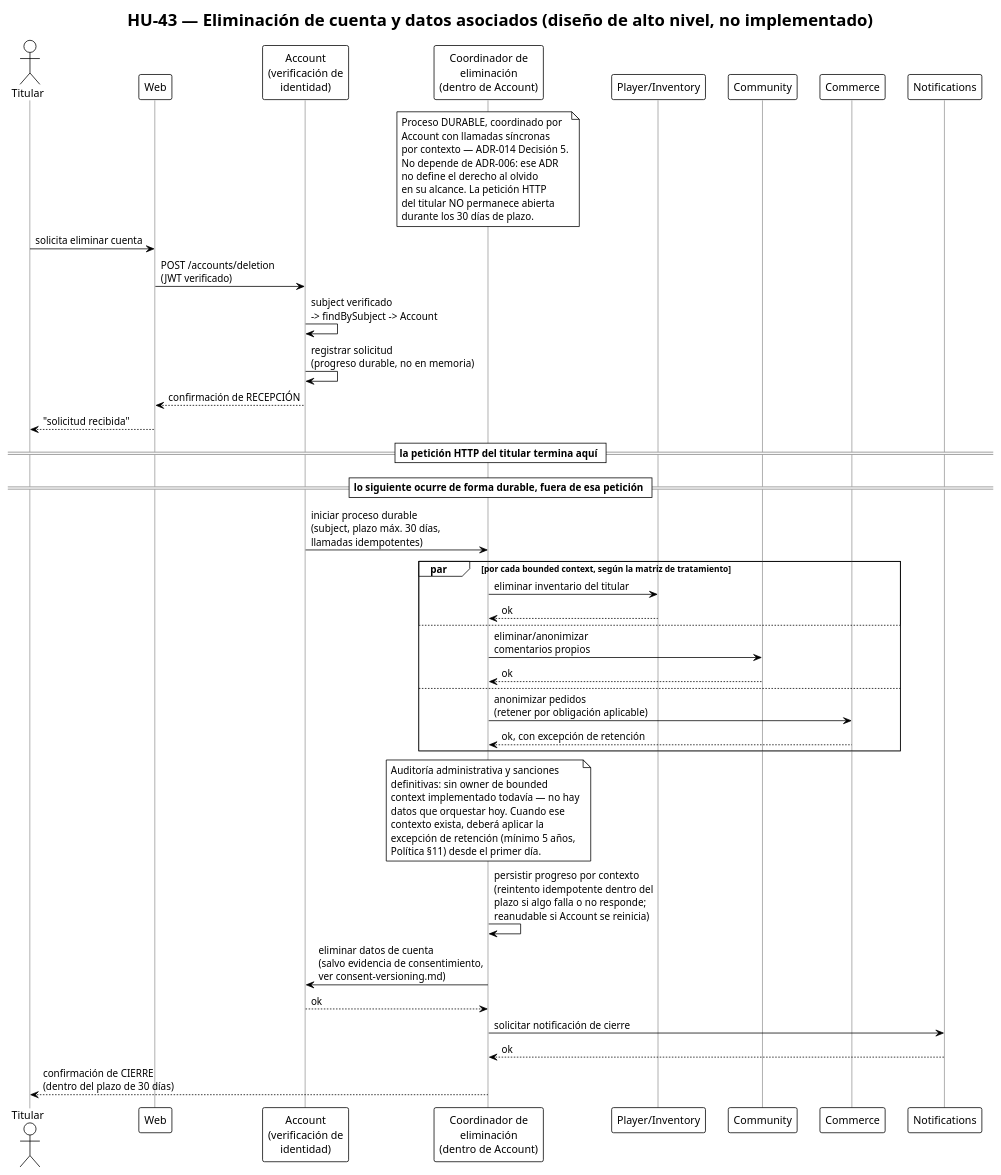
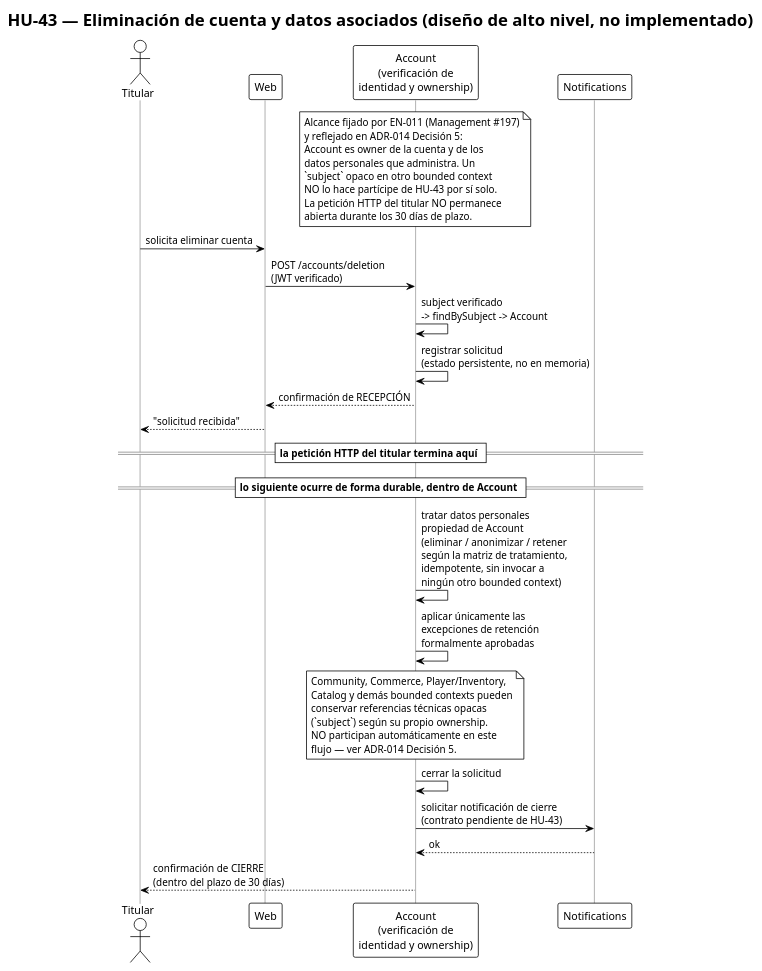
One commit to Nexus-Battle-VI/Nexus-Battle-Infrastructure changed the diagram in docs/diagrams/hu-43-sequence-deletion.puml. Above: the diagram before and after it, drawn with PlantUML. The commit also changed 10 other files, not shown here.

```diff
--- a/docs/diagrams/hu-43-sequence-deletion.puml
+++ b/docs/diagrams/hu-43-sequence-deletion.puml
@@ -1,73 +1,56 @@
 @startuml hu-43-sequence-deletion
 !theme plain
 title HU-43 — Eliminación de cuenta y datos asociados (diseño de alto nivel, no implementado)
 
 skinparam defaultFontName sans-serif
 skinparam sequence {
   LifeLineBorderColor #999999
 }
 
 actor "Titular" as user
 participant "Web" as web
-participant "Account\n(verificación de\nidentidad)" as account
-participant "Coordinador de\neliminación\n(dentro de Account)" as orchestrator
-participant "Player/Inventory" as inventory
-participant "Community" as community
-participant "Commerce" as commerce
+participant "Account\n(verificación de\nidentidad y ownership)" as account
 participant "Notifications" as notify
 
-note over orchestrator
-  Proceso DURABLE, coordinado por
-  Account con llamadas síncronas
-  por contexto — ADR-014 Decisión 5.
-  No depende de ADR-006: ese ADR
-  no define el derecho al olvido
-  en su alcance. La petición HTTP
-  del titular NO permanece abierta
-  durante los 30 días de plazo.
+note over account
+  Alcance fijado por EN-011 (Management #197)
+  y reflejado en ADR-014 Decisión 5:
+  Account es owner de la cuenta y de los
+  datos personales que administra. Un
+  `subject` opaco en otro bounded context
+  NO lo hace partícipe de HU-43 por sí solo.
+  La petición HTTP del titular NO permanece
+  abierta durante los 30 días de plazo.
 end note
 
 user -> web : solicita eliminar cuenta
 web -> account : POST /accounts/deletion\n(JWT verificado)
 account -> account : subject verificado\n-> findBySubject -> Account
-account -> account : registrar solicitud\n(progreso durable, no en memoria)
+account -> account : registrar solicitud\n(estado persistente, no en memoria)
 account --> web : confirmación de RECEPCIÓN
 web --> user : "solicitud recibida"
 
 == la petición HTTP del titular termina aquí ==
-== lo siguiente ocurre de forma durable, fuera de esa petición ==
+== lo siguiente ocurre de forma durable, dentro de Account ==
 
-account -> orchestrator : iniciar proceso durable\n(subject, plazo máx. 30 días,\nllamadas idempotentes)
+account -> account : tratar datos personales\npropiedad de Account\n(eliminar / anonimizar / retener\nsegún la matriz de tratamiento,\nidempotente, sin invocar a\nningún otro bounded context)
 
-par por cada bounded context, según la matriz de tratamiento
-  orchestrator -> inventory : eliminar inventario del titular
-  inventory --> orchestrator : ok
-else
-  orchestrator -> community : eliminar/anonimizar\ncomentarios propios
-  community --> orchestrator : ok
-else
-  orchestrator -> commerce : anonimizar pedidos\n(retener por obligación aplicable)
-  commerce --> orchestrator : ok, con excepción de retención
-end
+account -> account : aplicar únicamente las\nexcepciones de retención\nformalmente aprobadas
 
-note over orchestrator
-  Auditoría administrativa y sanciones
-  definitivas: sin owner de bounded
-  context implementado todavía — no hay
-  datos que orquestar hoy. Cuando ese
-  contexto exista, deberá aplicar la
-  excepción de retención (mínimo 5 años,
-  Política §11) desde el primer día.
+note over account
+  Community, Commerce, Player/Inventory,
+  Catalog y demás bounded contexts pueden
+  conservar referencias técnicas opacas
+  (`subject`) según su propio ownership.
+  NO participan automáticamente en este
+  flujo — ver ADR-014 Decisión 5.
 end note
 
-orchestrator -> orchestrator : persistir progreso por contexto\n(reintento idempotente dentro del\nplazo si algo falla o no responde;\nreanudable si Account se reinicia)
+account -> account : cerrar la solicitud
 
-orchestrator -> account : eliminar datos de cuenta\n(salvo evidencia de consentimiento,\nver consent-versioning.md)
-account --> orchestrator : ok
+account -> notify : solicitar notificación de cierre\n(contrato pendiente de HU-43)
+notify --> account : ok
 
-orchestrator -> notify : solicitar notificación de cierre
-notify --> orchestrator : ok
-
-orchestrator --> user : confirmación de CIERRE\n(dentro del plazo de 30 días)
+account --> user : confirmación de CIERRE\n(dentro del plazo de 30 días)
 
 @enduml
```
